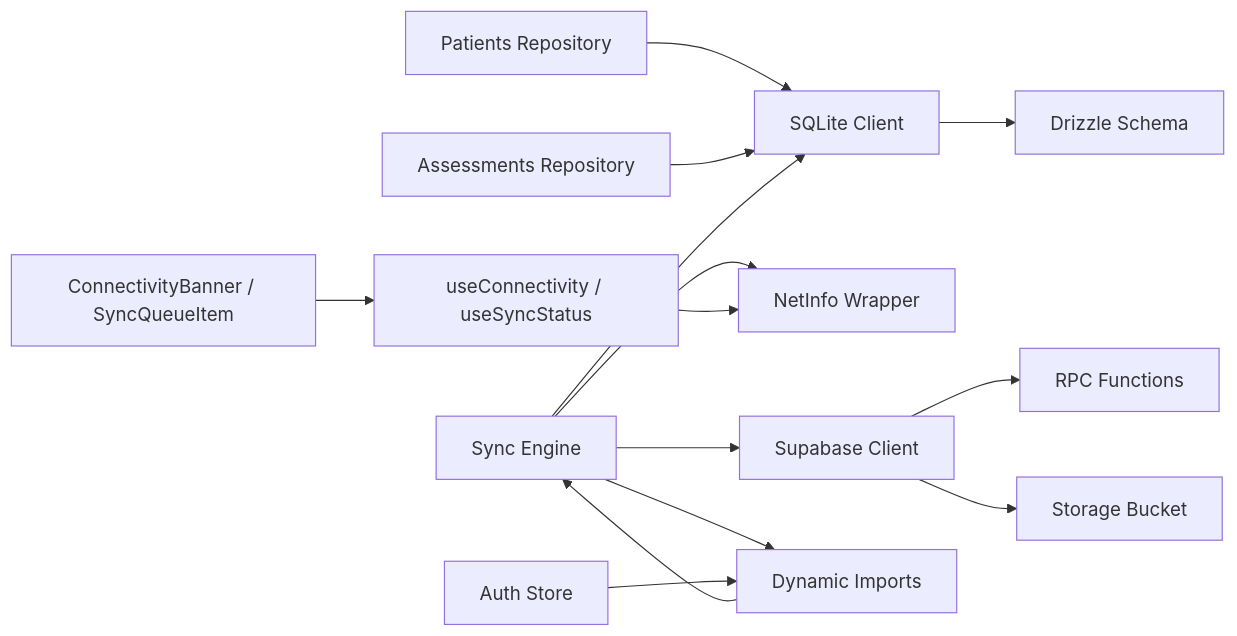
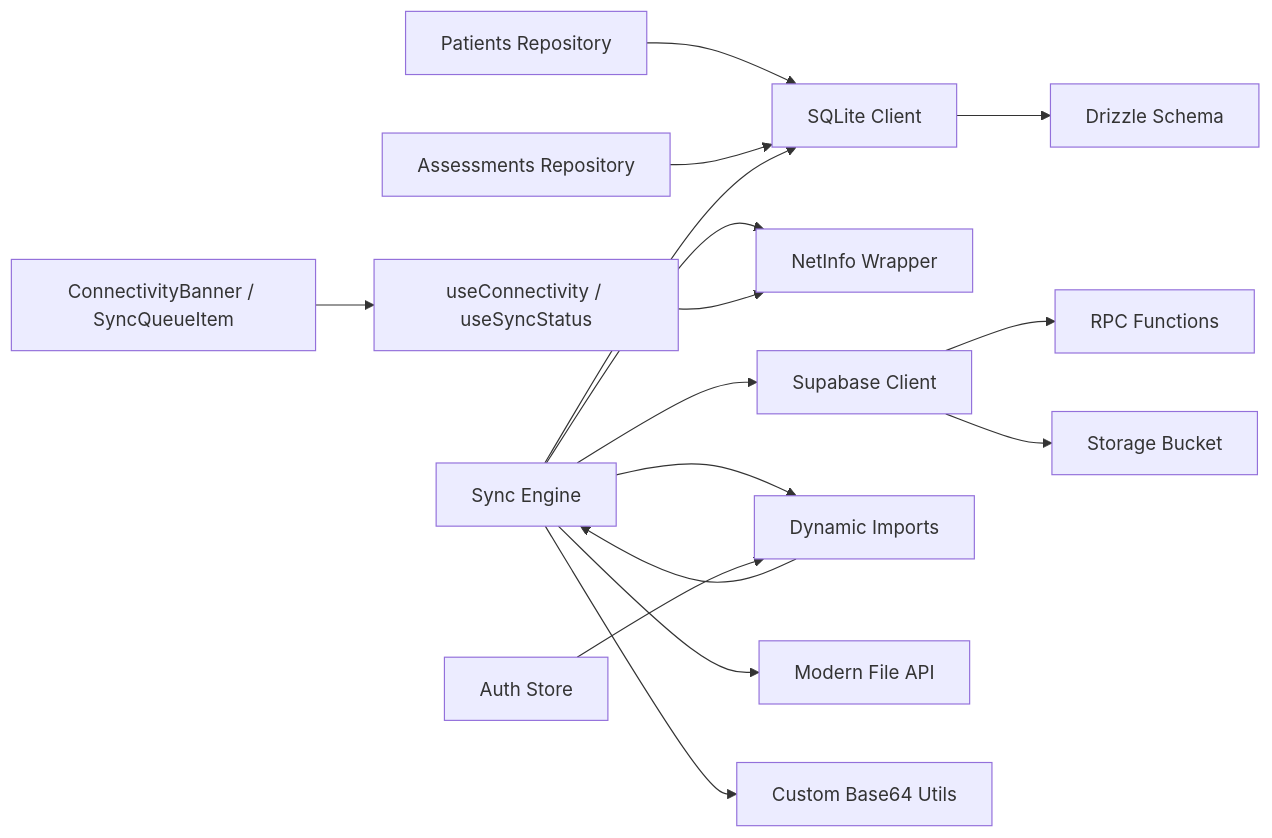
Before and after one commit to AdeelTahir-SE/DermSight: diagram 11 of 12 in .qoder/repowiki/en/content/Synchronization System.md, drawn with Mermaid. The commit also changed other lines of this file and 37 other files, not shown here.

````diff
--- a/.qoder/repowiki/en/content/Synchronization System.md
+++ b/.qoder/repowiki/en/content/Synchronization System.md
@@ -629,16 +678,18 @@
 ```mermaid
 graph LR
 RepoP["Patients Repository"] --> DB["SQLite Client"]
 RepoA["Assessments Repository"] --> DB
 DB --> Schema["Drizzle Schema"]
 Engine["Sync Engine"] --> DB
 Engine --> NetInfo["NetInfo Wrapper"]
 Engine --> Supabase["Supabase Client"]
 Engine --> Dynamic["Dynamic Imports"]
+Engine --> FileAPI["Modern File API"]
+Engine --> Base64["Custom Base64 Utils"]
 Auth["Auth Store"] --> Dynamic
 Dynamic --> Engine
 Supabase --> RPC["RPC Functions"]
 Supabase --> Storage["Storage Bucket"]
 UI["ConnectivityBanner / SyncQueueItem"] --> Hooks["useConnectivity / useSyncStatus"]
 Hooks --> NetInfo
 ```
````
